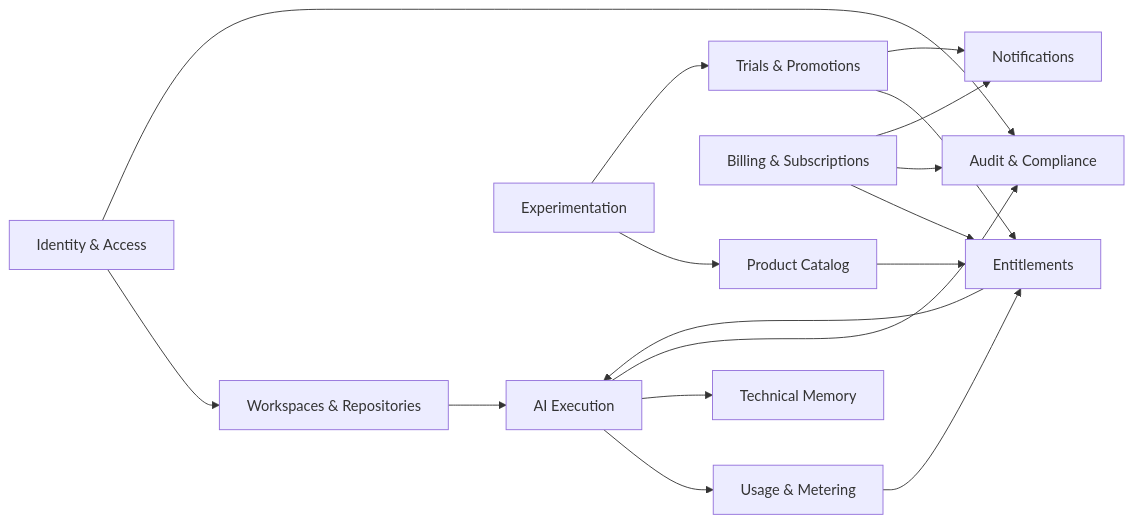
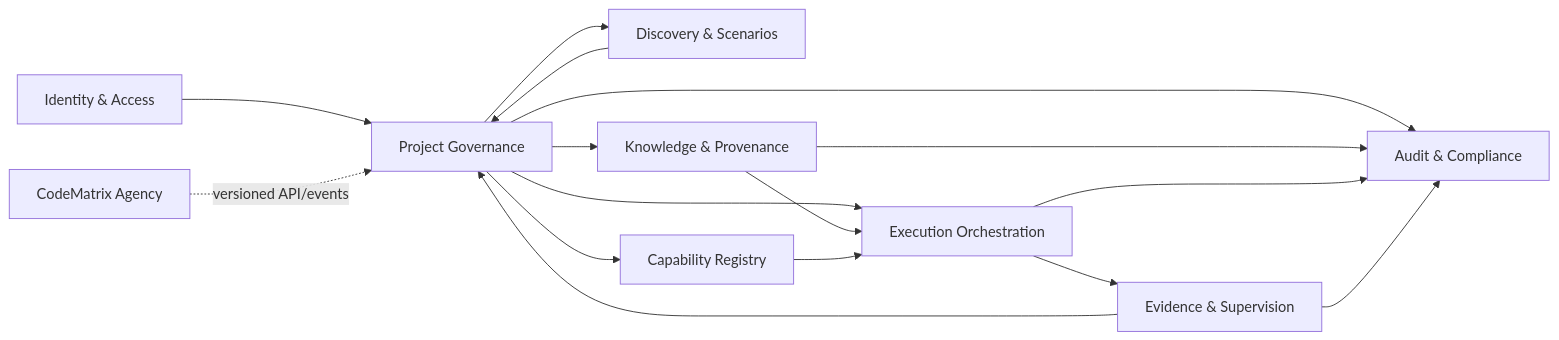
The diagram in docs/domain/context-map.md (anderzilla/amplytrix), drawn with Mermaid before and after one commit. The commit also changed other lines of this file and 83 other files, not shown here.

Commit message:
feat(architecture): establish project-governed phase zero

````diff
--- a/docs/domain/context-map.md
+++ b/docs/domain/context-map.md
@@ -3,19 +3,18 @@
 ```mermaid
 flowchart LR
-  IAM["Identity & Access"] --> WS["Workspaces & Repositories"]
-  CAT["Product Catalog"] --> ENT["Entitlements"]
-  TRIAL["Trials & Promotions"] --> ENT
-  BILL["Billing & Subscriptions"] --> ENT
-  USAGE["Usage & Metering"] --> ENT
-  ENT --> EXEC["AI Execution"]
-  WS --> EXEC
-  EXEC --> USAGE
-  EXEC --> MEM["Technical Memory"]
-  IAM --> AUDIT["Audit & Compliance"]
-  BILL --> AUDIT
-  EXEC --> AUDIT
-  BILL --> NOTIFY["Notifications"]
-  TRIAL --> NOTIFY
-  EXP["Experimentation"] --> CAT
-  EXP --> TRIAL
+  IAM["Identity & Access"] --> PG["Project Governance"]
+  PG --> DS["Discovery & Scenarios"]
+  DS --> PG
+  PG --> KP["Knowledge & Provenance"]
+  PG --> CR["Capability Registry"]
+  PG --> EO["Execution Orchestration"]
+  KP --> EO
+  CR --> EO
+  EO --> ES["Evidence & Supervision"]
+  ES --> PG
+  PG --> AU["Audit & Compliance"]
+  KP --> AU
+  EO --> AU
+  ES --> AU
+  CM["CodeMatrix Agency"] -. "versioned API/events" .-> PG
 ```
````
